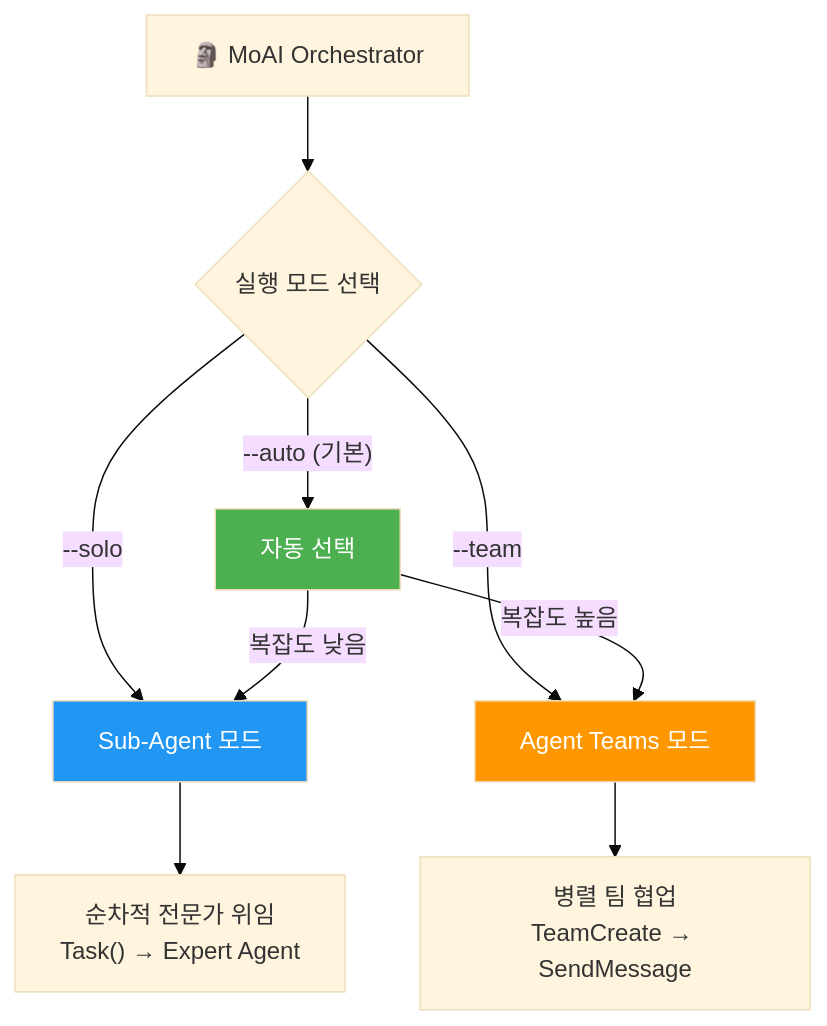
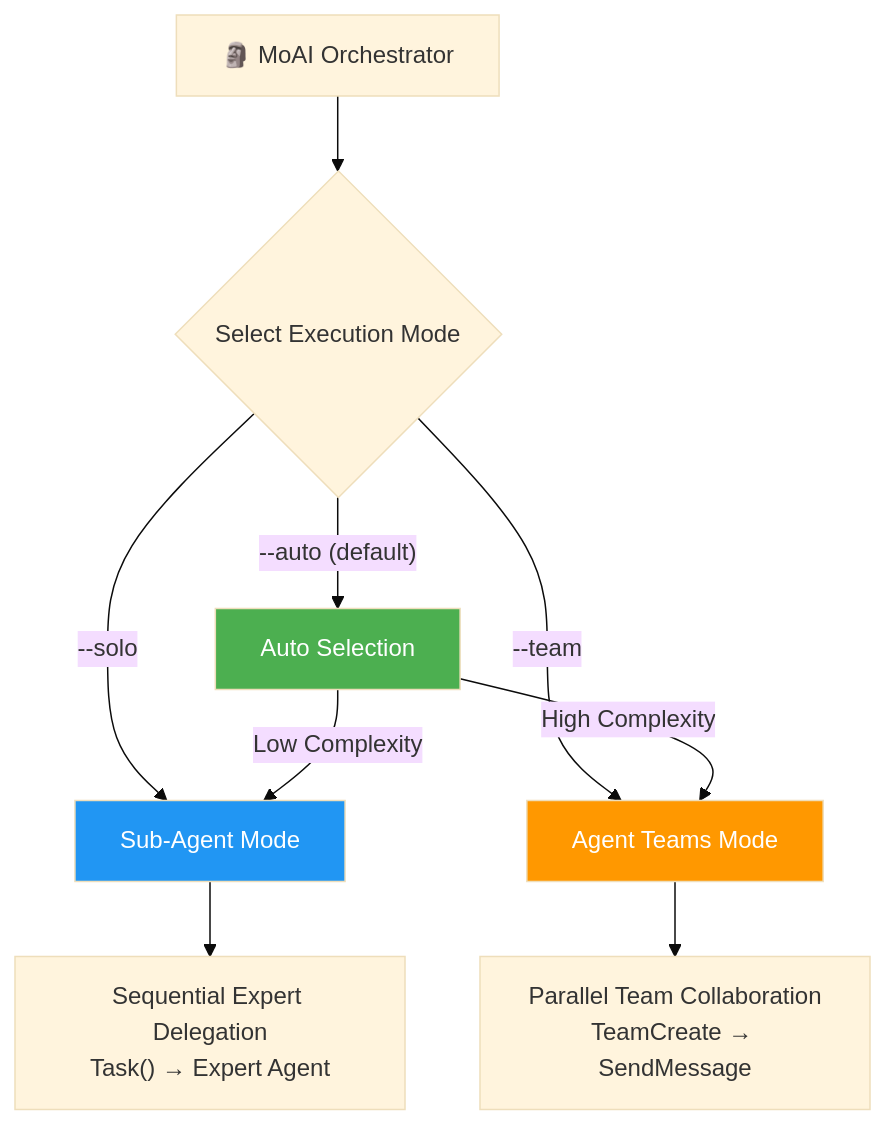
The fourth of 5 diagrams in README.md (modu-ai/moai-adk), drawn with Mermaid (base theme) before and after one commit. The commit also changed other lines of this file and 4 other files, not shown here.

````diff
--- a/README.md
+++ b/README.md
@@ -211,16 +211,16 @@
 ```mermaid
 graph TD
-    A["🗿 MoAI Orchestrator"] --> B{"실행 모드 선택"}
-    B -->|"--solo"| C["Sub-Agent 모드"]
-    B -->|"--team"| D["Agent Teams 모드"]
-    B -->|"--auto (기본)"| E["자동 선택"]
+    A["🗿 MoAI Orchestrator"] --> B{"Select Execution Mode"}
+    B -->|"--solo"| C["Sub-Agent Mode"]
+    B -->|"--team"| D["Agent Teams Mode"]
+    B -->|"--auto (default)"| E["Auto Selection"]
 
-    C --> F["순차적 전문가 위임<br/>Task() → Expert Agent"]
-    D --> G["병렬 팀 협업<br/>TeamCreate → SendMessage"]
-    E -->|"복잡도 높음"| D
-    E -->|"복잡도 낮음"| C
+    C --> F["Sequential Expert Delegation<br/>Task() → Expert Agent"]
+    D --> G["Parallel Team Collaboration<br/>TeamCreate → SendMessage"]
+    E -->|"High Complexity"| D
+    E -->|"Low Complexity"| C
 
     style C fill:#2196F3,color:#fff
     style D fill:#FF9800,color:#fff
     style E fill:#4CAF50,color:#fff
 ```
````
